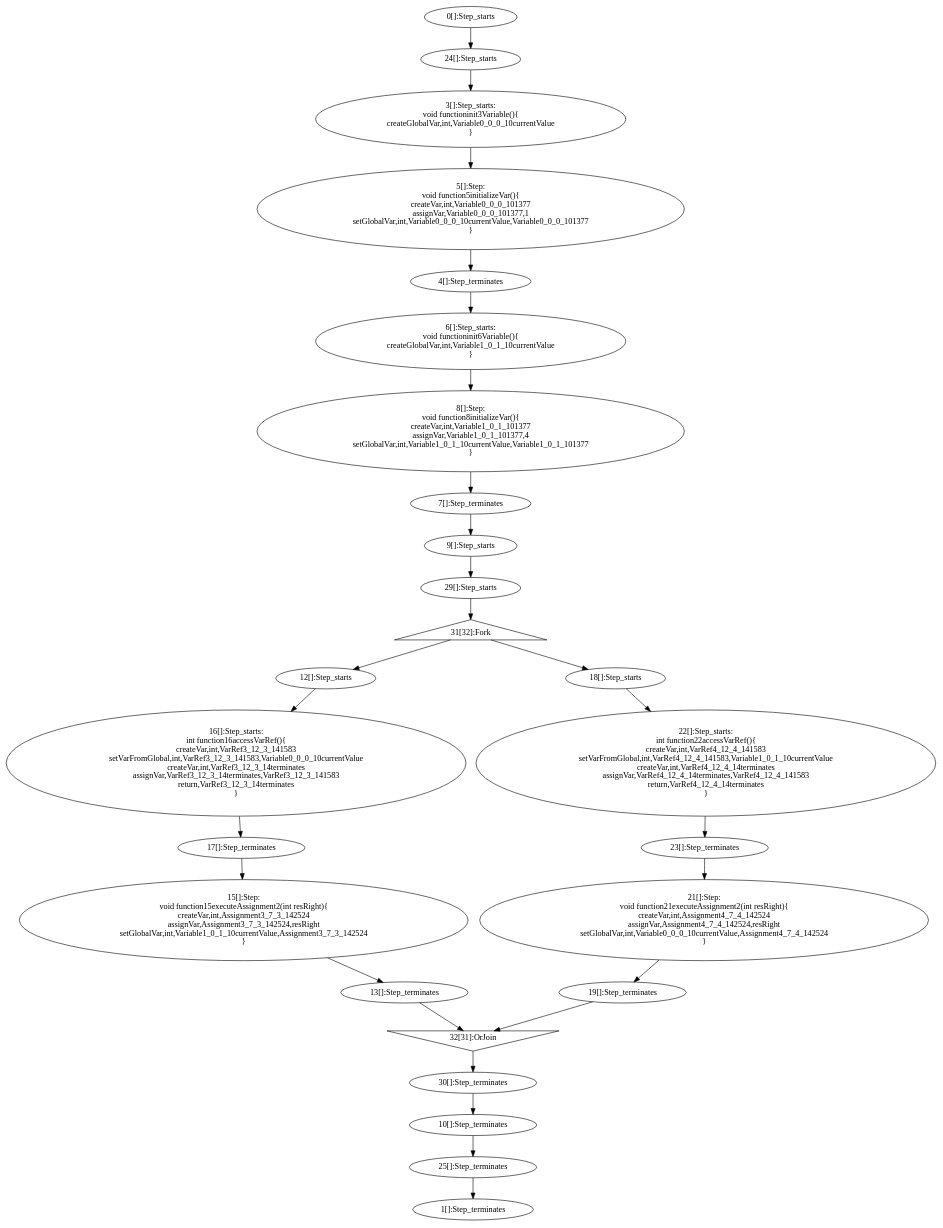
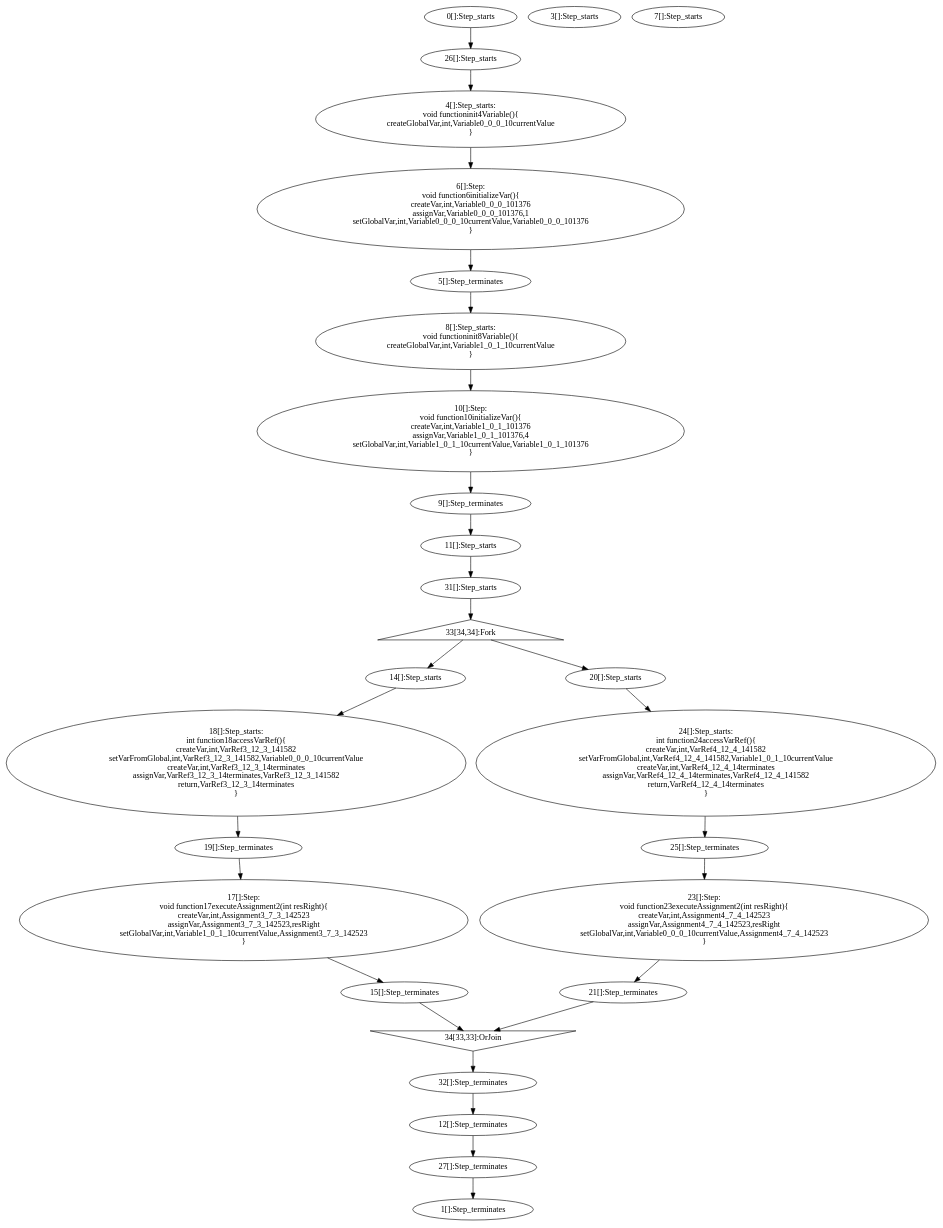
One commit to jdeantoni/TCOS.lang changed the diagram in examples/programs/expected/testSyncUID.dot. Above: the diagram before and after it, drawn with Graphviz. The commit also changed 64 other files, not shown here.

```diff
--- a/examples/programs/expected/testSyncUID.dot
+++ b/examples/programs/expected/testSyncUID.dot
@@ -1,94 +1,96 @@
 digraph G {
   "0" [label="0[]:Step_starts" shape="ellipse" ];
   "1" [label="1[]:Step_terminates" shape="ellipse" ];
-  "24" [label="24[]:Step_starts" shape="ellipse" ];
-  "25" [label="25[]:Step_terminates" shape="ellipse" ];
-  "3" [label="3[]:Step_starts:
-void functioninit3Variable(){
+  "26" [label="26[]:Step_starts" shape="ellipse" ];
+  "27" [label="27[]:Step_terminates" shape="ellipse" ];
+  "3" [label="3[]:Step_starts" shape="ellipse" ];
+  "4" [label="4[]:Step_starts:
+void functioninit4Variable(){
 createGlobalVar,int,Variable0_0_0_10currentValue
 }" shape="ellipse" ];
-  "4" [label="4[]:Step_terminates" shape="ellipse" ];
-  "5" [label="5[]:Step:
-void function5initializeVar(){
-createVar,int,Variable0_0_0_101377
-assignVar,Variable0_0_0_101377,1
-setGlobalVar,int,Variable0_0_0_10currentValue,Variable0_0_0_101377
+  "5" [label="5[]:Step_terminates" shape="ellipse" ];
+  "6" [label="6[]:Step:
+void function6initializeVar(){
+createVar,int,Variable0_0_0_101376
+assignVar,Variable0_0_0_101376,1
+setGlobalVar,int,Variable0_0_0_10currentValue,Variable0_0_0_101376
 }" shape="ellipse" ];
-  "6" [label="6[]:Step_starts:
-void functioninit6Variable(){
+  "7" [label="7[]:Step_starts" shape="ellipse" ];
+  "8" [label="8[]:Step_starts:
+void functioninit8Variable(){
 createGlobalVar,int,Variable1_0_1_10currentValue
 }" shape="ellipse" ];
-  "7" [label="7[]:Step_terminates" shape="ellipse" ];
-  "8" [label="8[]:Step:
-void function8initializeVar(){
-createVar,int,Variable1_0_1_101377
-assignVar,Variable1_0_1_101377,4
-setGlobalVar,int,Variable1_0_1_10currentValue,Variable1_0_1_101377
+  "9" [label="9[]:Step_terminates" shape="ellipse" ];
+  "10" [label="10[]:Step:
+void function10initializeVar(){
+createVar,int,Variable1_0_1_101376
+assignVar,Variable1_0_1_101376,4
+setGlobalVar,int,Variable1_0_1_10currentValue,Variable1_0_1_101376
 }" shape="ellipse" ];
-  "9" [label="9[]:Step_starts" shape="ellipse" ];
-  "10" [label="10[]:Step_terminates" shape="ellipse" ];
-  "29" [label="29[]:Step_starts" shape="ellipse" ];
-  "30" [label="30[]:Step_terminates" shape="ellipse" ];
-  "31" [label="31[32]:Fork" shape="triangle" ];
-  "32" [label="32[31]:OrJoin" shape="invtriangle" ];
-  "12" [label="12[]:Step_starts" shape="ellipse" ];
-  "13" [label="13[]:Step_terminates" shape="ellipse" ];
-  "15" [label="15[]:Step:
-void function15executeAssignment2(int resRight){
-createVar,int,Assignment3_7_3_142524
-assignVar,Assignment3_7_3_142524,resRight
-setGlobalVar,int,Variable1_0_1_10currentValue,Assignment3_7_3_142524
+  "11" [label="11[]:Step_starts" shape="ellipse" ];
+  "12" [label="12[]:Step_terminates" shape="ellipse" ];
+  "31" [label="31[]:Step_starts" shape="ellipse" ];
+  "32" [label="32[]:Step_terminates" shape="ellipse" ];
+  "33" [label="33[34,34]:Fork" shape="triangle" ];
+  "34" [label="34[33,33]:OrJoin" shape="invtriangle" ];
+  "14" [label="14[]:Step_starts" shape="ellipse" ];
+  "15" [label="15[]:Step_terminates" shape="ellipse" ];
+  "17" [label="17[]:Step:
+void function17executeAssignment2(int resRight){
+createVar,int,Assignment3_7_3_142523
+assignVar,Assignment3_7_3_142523,resRight
+setGlobalVar,int,Variable1_0_1_10currentValue,Assignment3_7_3_142523
 }" shape="ellipse" ];
-  "18" [label="18[]:Step_starts" shape="ellipse" ];
-  "19" [label="19[]:Step_terminates" shape="ellipse" ];
-  "21" [label="21[]:Step:
-void function21executeAssignment2(int resRight){
-createVar,int,Assignment4_7_4_142524
-assignVar,Assignment4_7_4_142524,resRight
-setGlobalVar,int,Variable0_0_0_10currentValue,Assignment4_7_4_142524
+  "20" [label="20[]:Step_starts" shape="ellipse" ];
+  "21" [label="21[]:Step_terminates" shape="ellipse" ];
+  "23" [label="23[]:Step:
+void function23executeAssignment2(int resRight){
+createVar,int,Assignment4_7_4_142523
+assignVar,Assignment4_7_4_142523,resRight
+setGlobalVar,int,Variable0_0_0_10currentValue,Assignment4_7_4_142523
 }" shape="ellipse" ];
-  "16" [label="16[]:Step_starts:
-int function16accessVarRef(){
-createVar,int,VarRef3_12_3_141583
-setVarFromGlobal,int,VarRef3_12_3_141583,Variable0_0_0_10currentValue
+  "18" [label="18[]:Step_starts:
+int function18accessVarRef(){
+createVar,int,VarRef3_12_3_141582
+setVarFromGlobal,int,VarRef3_12_3_141582,Variable0_0_0_10currentValue
 createVar,int,VarRef3_12_3_14terminates
-assignVar,VarRef3_12_3_14terminates,VarRef3_12_3_141583
+assignVar,VarRef3_12_3_14terminates,VarRef3_12_3_141582
 return,VarRef3_12_3_14terminates
 }" shape="ellipse" ];
-  "17" [label="17[]:Step_terminates" shape="ellipse" ];
-  "22" [label="22[]:Step_starts:
-int function22accessVarRef(){
-createVar,int,VarRef4_12_4_141583
-setVarFromGlobal,int,VarRef4_12_4_141583,Variable1_0_1_10currentValue
+  "19" [label="19[]:Step_terminates" shape="ellipse" ];
+  "24" [label="24[]:Step_starts:
+int function24accessVarRef(){
+createVar,int,VarRef4_12_4_141582
+setVarFromGlobal,int,VarRef4_12_4_141582,Variable1_0_1_10currentValue
 createVar,int,VarRef4_12_4_14terminates
-assignVar,VarRef4_12_4_14terminates,VarRef4_12_4_141583
+assignVar,VarRef4_12_4_14terminates,VarRef4_12_4_141582
 return,VarRef4_12_4_14terminates
 }" shape="ellipse" ];
-  "23" [label="23[]:Step_terminates" shape="ellipse" ];
-  "0" -> "24" [label=""];
-  "25" -> "1" [label=""];
-  "24" -> "3" [label=""];
+  "25" [label="25[]:Step_terminates" shape="ellipse" ];
+  "0" -> "26" [label=""];
+  "27" -> "1" [label=""];
+  "26" -> "4" [label=""];
+  "5" -> "8" [label=""];
+  "9" -> "11" [label=""];
+  "12" -> "27" [label=""];
   "4" -> "6" [label=""];
-  "7" -> "9" [label=""];
-  "10" -> "25" [label=""];
-  "3" -> "5" [label=""];
-  "5" -> "4" [label=""];
-  "6" -> "8" [label=""];
-  "8" -> "7" [label=""];
-  "9" -> "29" [label=""];
-  "30" -> "10" [label=""];
-  "29" -> "31" [label=""];
-  "32" -> "30" [label=""];
-  "31" -> "12" [label=""];
-  "13" -> "32" [label=""];
-  "31" -> "18" [label=""];
-  "19" -> "32" [label=""];
-  "12" -> "16" [label=""];
+  "6" -> "5" [label=""];
+  "8" -> "10" [label=""];
+  "10" -> "9" [label=""];
+  "11" -> "31" [label=""];
+  "32" -> "12" [label=""];
+  "31" -> "33" [label=""];
+  "34" -> "32" [label=""];
+  "33" -> "14" [label=""];
+  "15" -> "34" [label=""];
+  "33" -> "20" [label=""];
+  "21" -> "34" [label=""];
+  "14" -> "18" [label=""];
+  "19" -> "17" [label=""];
   "17" -> "15" [label=""];
-  "15" -> "13" [label=""];
-  "18" -> "22" [label=""];
+  "20" -> "24" [label=""];
+  "25" -> "23" [label=""];
   "23" -> "21" [label=""];
-  "21" -> "19" [label=""];
-  "16" -> "17" [label=""];
-  "22" -> "23" [label=""];
+  "18" -> "19" [label=""];
+  "24" -> "25" [label=""];
 }
```
